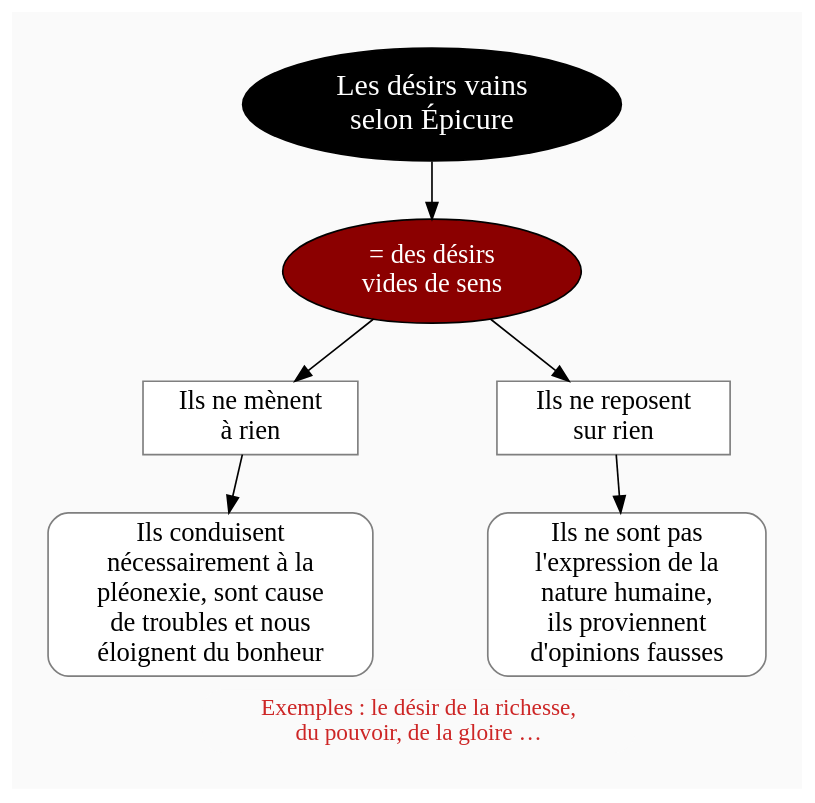
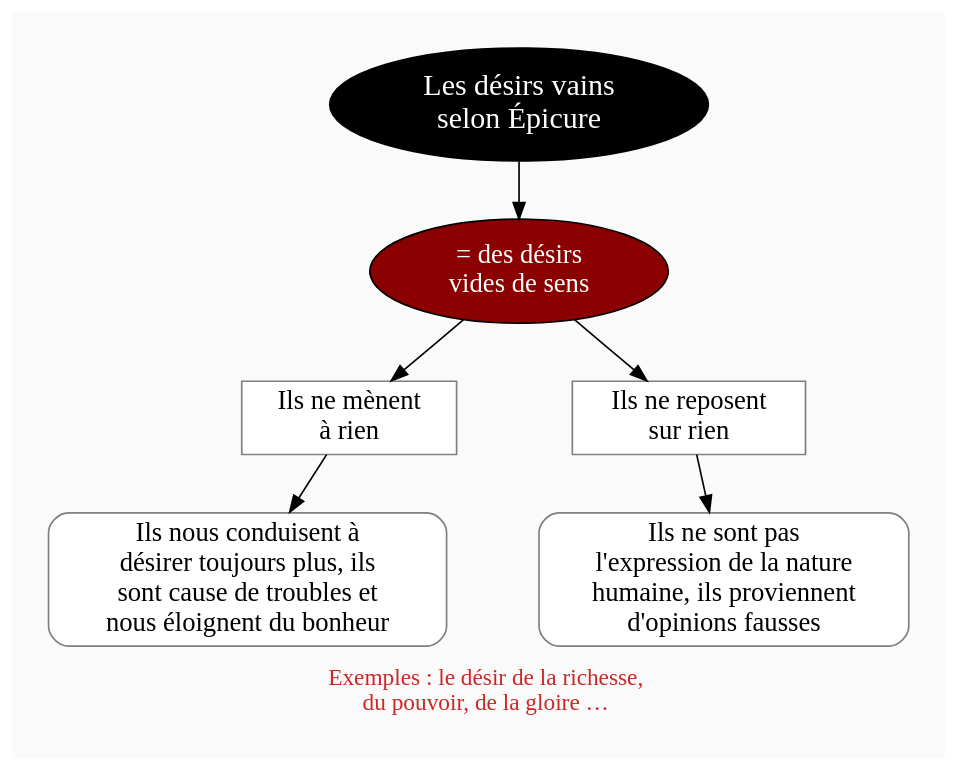
The diagram in diagram/epicurisme-desirs-vains2.dot (eyssette/graphviz-examples), drawn with Graphviz before and after one commit.

```diff
--- a/diagram/epicurisme-desirs-vains2.dot
+++ b/diagram/epicurisme-desirs-vains2.dot
@@ -1,86 +1,84 @@
 digraph G {
 //rankdir=LR
 splines=true
 //splines=curved
 bgcolor=grey98
 pad=0.3
 style=filled
 edge[minlen=4]
 ranksep=0.1
 nodesep=0.2 // valeur à changer ?
 
 // NIVEAU 1
 node[style=filled; fillcolor=12 ; fontcolor=white ; fontsize=18]
 // a1[label=""]
 a1[label="Les désirs vains
 selon Épicure"]
 
 
 // NIVEAU 2
 node[style=filled;fillcolor=red4;fontcolor=white; fontsize=16]
 // b1[label=""]
 a1->{
 b1[label="= des désirs
 vides de sens"]    
 }[headport=n]
 
 // NIVEAU 3 (sans intermédiaire)
 node [shape=box; style=filled;fillcolor=white;fontcolor=black;color=grey50]
 // c1[label=""]
 b1->c1
 c1[label="Ils ne mènent
 à rien"]
 b1->c2
 c2[label="Ils ne reposent
 sur rien"]
 
-{rank=same;c1->c2[style=invis, minlen=6]}
+{rank=same;c1->c2[style=invis, minlen=5]}
 
 // INTERMEDIAIRE AVANT NIVEAU 3
 node[style=filled;fillcolor=grey78;shape=oval]
 // [arrowhead=none]
 // bc1[label=""]
 
 
 // NIVEAU 3 (avec intermédiaire)
 node[style="filled";fillcolor=white;shape=box;color=grey50]
 // c1[label=""]
 
 // NIVEAU 4
 node[style="filled, rounded";fillcolor=white;shape=box;color=grey50]
 // d1[label=""]
 c1->d1
-d1[label="Ils conduisent
-nécessairement à la
-pléonexie, sont cause
-de troubles et nous
-éloignent du bonheur"]
+d1[label="Ils nous conduisent à
+désirer toujours plus, ils
+sont cause de troubles et
+nous éloignent du bonheur"]
 
 c2->d2
 d2[label="Ils ne sont pas
-l'expression de la
-nature humaine,
-ils proviennent
+l'expression de la nature
+humaine, ils proviennent
 d'opinions fausses"]
 
-{rank=same;d1->d2[style=invis, minlen=5]}
+{rank=same;d1->d2[style=invis, minlen=4]}
 
 // ETIQUETTES EN ROUGE
 node[shape=plaintext;fontcolor=firebrick3;fillcolor=grey98]
 // e1[label=< <B>= Titre</B><BR /><BR />Contenu<BR /> >]
 // e1[label=""]
 // ->e1[minlen=1;style=invis]
 
 e1[label="Exemples : le désir de la richesse,
 du pouvoir, de la gloire …";fontsize=14]
 {d1,d2}->e1[minlen=1,style=invis]
 
 // Remarques
 node[color=blue;shape=box;style=filled;margin=0.07;fontcolor=black;fontsize=13]
 edge[color=blue;arrowhead="none";xlabel="";style=dashed]
 // r1[label=""]
 // {rank=same;->r1}
 // {rank=same;r1->[dir=back]}
 
 
 }
```
